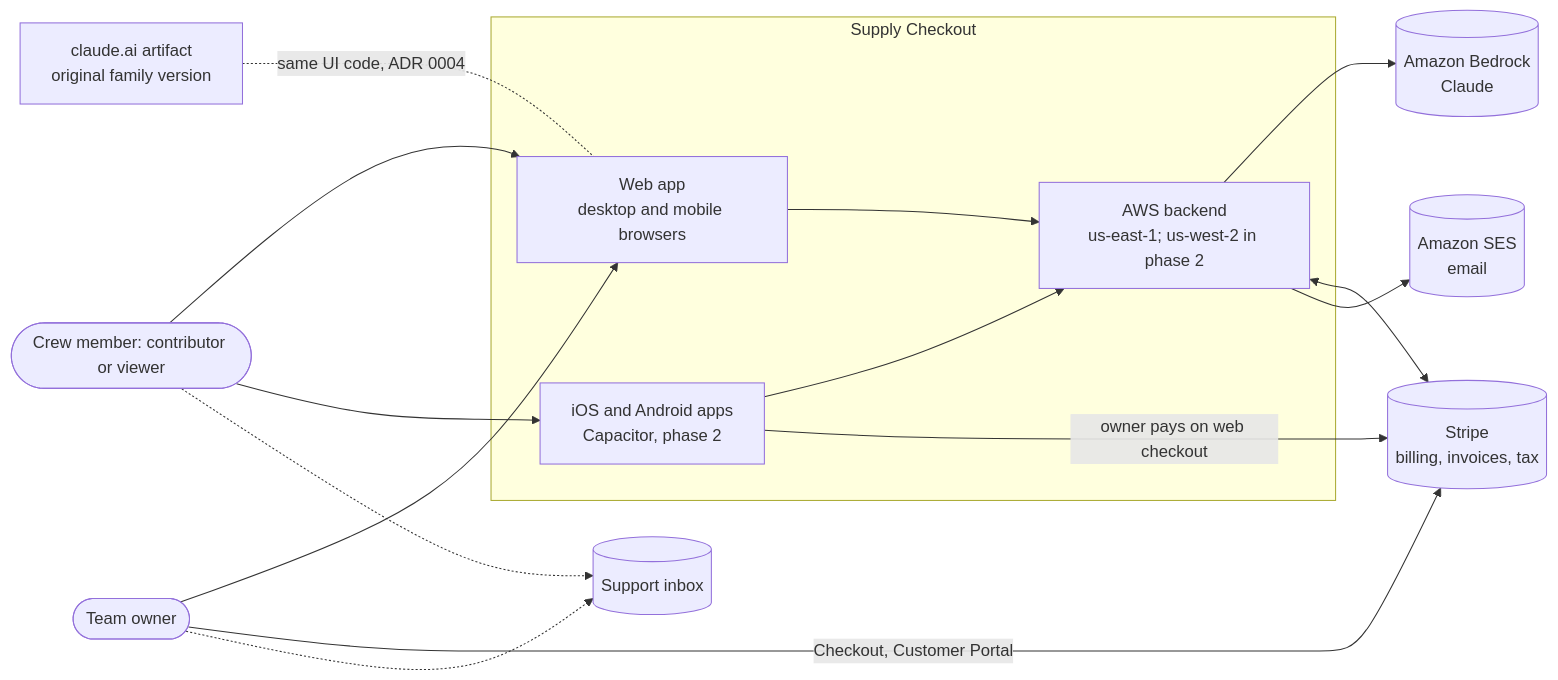
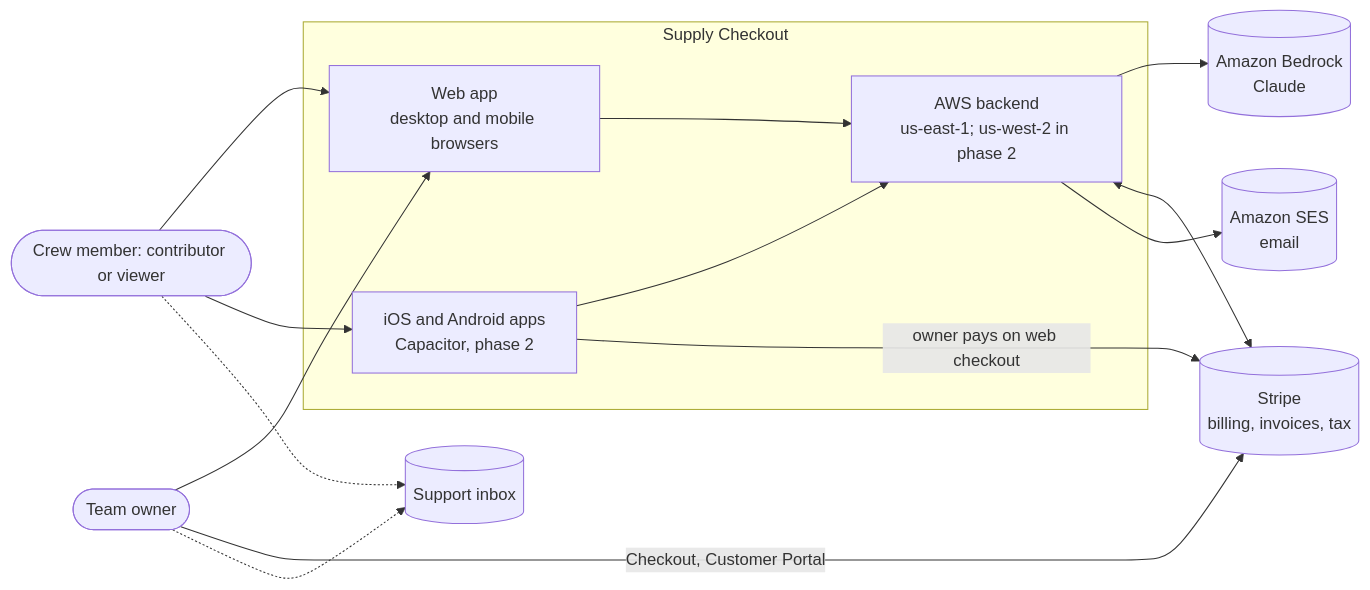
Before and after one commit to davetashner/supply-checkout: the first of 12 diagrams in docs/architecture/README.md, drawn with Mermaid. The commit also changed other lines of this file and 55 other files, not shown here.

First line of the commit message:
chore: retire the claude.ai artifact build (#506)

````diff
--- a/docs/architecture/README.md
+++ b/docs/architecture/README.md
@@ -35,29 +35,27 @@
 ```mermaid
 flowchart LR
   owner([Team owner])
   crew([Crew member: contributor or viewer])
   subgraph SC[Supply Checkout]
     web[Web app<br/>desktop and mobile browsers]
     apps[iOS and Android apps<br/>Capacitor, phase 2]
     backend[AWS backend<br/>us-east-1; us-west-2 in phase 2]
   end
   stripe[(Stripe<br/>billing, invoices, tax)]
   bedrock[(Amazon Bedrock<br/>Claude)]
   mail[(Amazon SES<br/>email)]
   support[(Support inbox)]
-  artifact[claude.ai artifact<br/>original family version]
 
   owner --> web
   crew --> web
   crew --> apps
   web --> backend
   apps --> backend
   backend --> bedrock
   backend <--> stripe
   apps -->|owner pays on web checkout| stripe
   owner -->|Checkout, Customer Portal| stripe
   backend --> mail
   owner -.-> support
   crew -.-> support
-  artifact -. same UI code, ADR 0004 .- web
 ```
````
